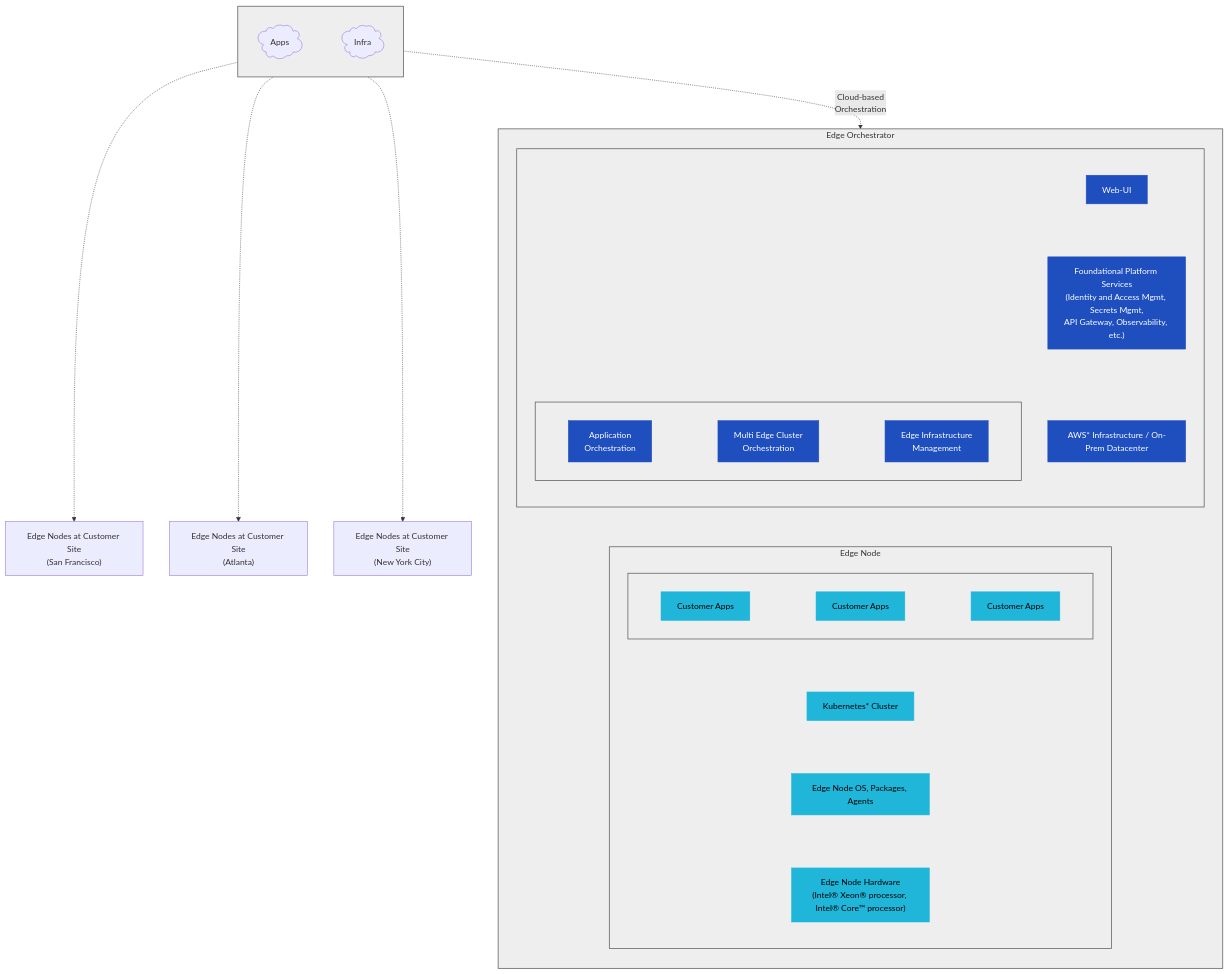
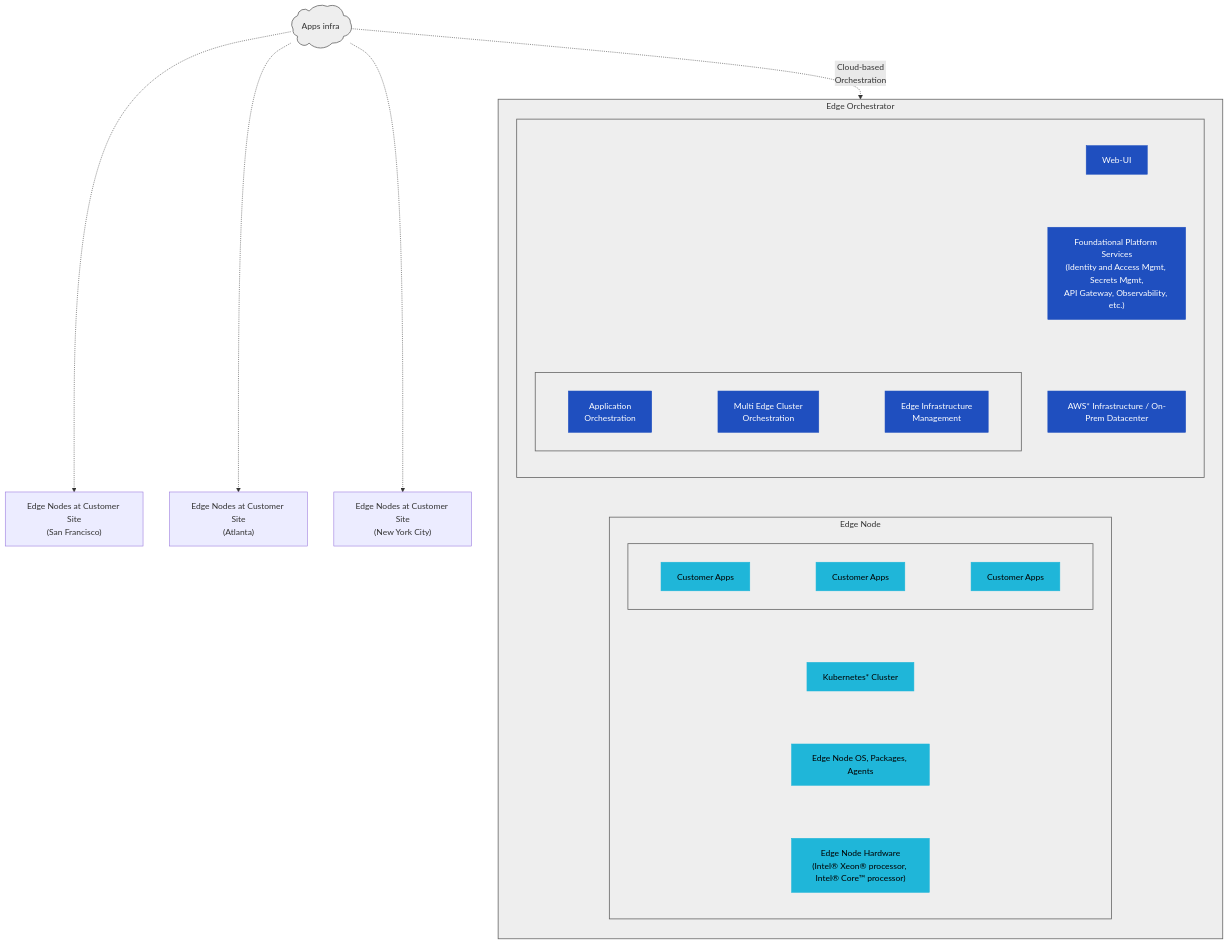
The third of 3 diagrams in John.md (open-edge-platform/edge-manageability-framework), drawn with Mermaid before and after one commit.

````diff
--- a/John.md
+++ b/John.md
@@ -17,77 +17,76 @@
 ```mermaid
 flowchart TD
 
     %% LEFT: Cloud
-    subgraph Cloud[" "]
-    direction LR
-    APPS@{ shape: cloud, label: "Apps"  } ~~~
-    Infra@{ shape: cloud, label: "Infra"  }
-    end
+ 
+    Cloud@{ shape: cloud, label: "Apps infra"  }
+ 
+ 
 
     %% EDGE SITES
     SF["Edge Nodes at Customer Site<br>(San Francisco)"]
     ATL["Edge Nodes at Customer Site<br>(Atlanta)"]
     NYC["Edge Nodes at Customer Site<br>(New York City)"]
 
     Cloud -.-> SF
     Cloud -.-> ATL
     Cloud -.-> NYC
 
     %% RIGHT SIDE
     subgraph EO["Edge Orchestrator"]
         direction TB
         subgraph Orch[" "]
         direction TB
         WebUI[Web-UI]
 
         subgraph OrchestrationLayer[" "]
             direction LR
             AppOrch["Application<br>Orchestration"] ~~~
             ClusterOrch["Multi Edge Cluster<br>Orchestration"] ~~~
             InfraMgmt["Edge Infrastructure<br>Management"] 
         end
 
         Platform["Foundational Platform Services<br/>(Identity and Access Mgmt, Secrets Mgmt,<br/>API Gateway, Observability, etc.)"]
 
         AWS[AWS* Infrastructure / On-Prem Datacenter]
 end
         %% EDGE NODE
 
         subgraph EdgeNode["Edge Node"]
             direction TB
             subgraph AppsRow[" "]
                 direction LR
                 CA1[Customer Apps] ~~~
                 CA2[Customer Apps] ~~~
                 CA3[Customer Apps]
             end
 
             K8s[Kubernetes* Cluster]
             OS[Edge Node OS, Packages, Agents]
             HW["Edge Node Hardware<br/>(Intel® Xeon® processor, Intel® Core™ processor)"]
 
             %% Invisible ordering inside Edge Node
             AppsRow ~~~ K8s
             K8s ~~~ OS
             OS ~~~ HW
         end
         %% Invisible ordering inside EO
         WebUI ~~~ Orch
         Orch ~~~ Platform
         Platform ~~~ AWS
         AWS ~~~ EdgeNode
     end
 
 
     Cloud -.-> |"Cloud-based<br>Orchestration"|EO
 
 
     %% Styling
     classDef grey fill:#eeeeee,stroke:#666,stroke-width:1.5px
     classDef blue fill:#1f4fbf,color:#fff,stroke:#1f4fbf;
     classDef lightblue fill:#1fb6d9,color:#000,stroke:#1fb6d9;
 
     class EO,EdgeNode,AppsRow,Orch,OrchestrationLayer,Cloud grey;
     class WebUI,AppOrch,ClusterOrch,InfraMgmt,Platform,AWS blue;
     class CA1,CA2,CA3,K8s,OS,HW lightblue;
 ```
````
